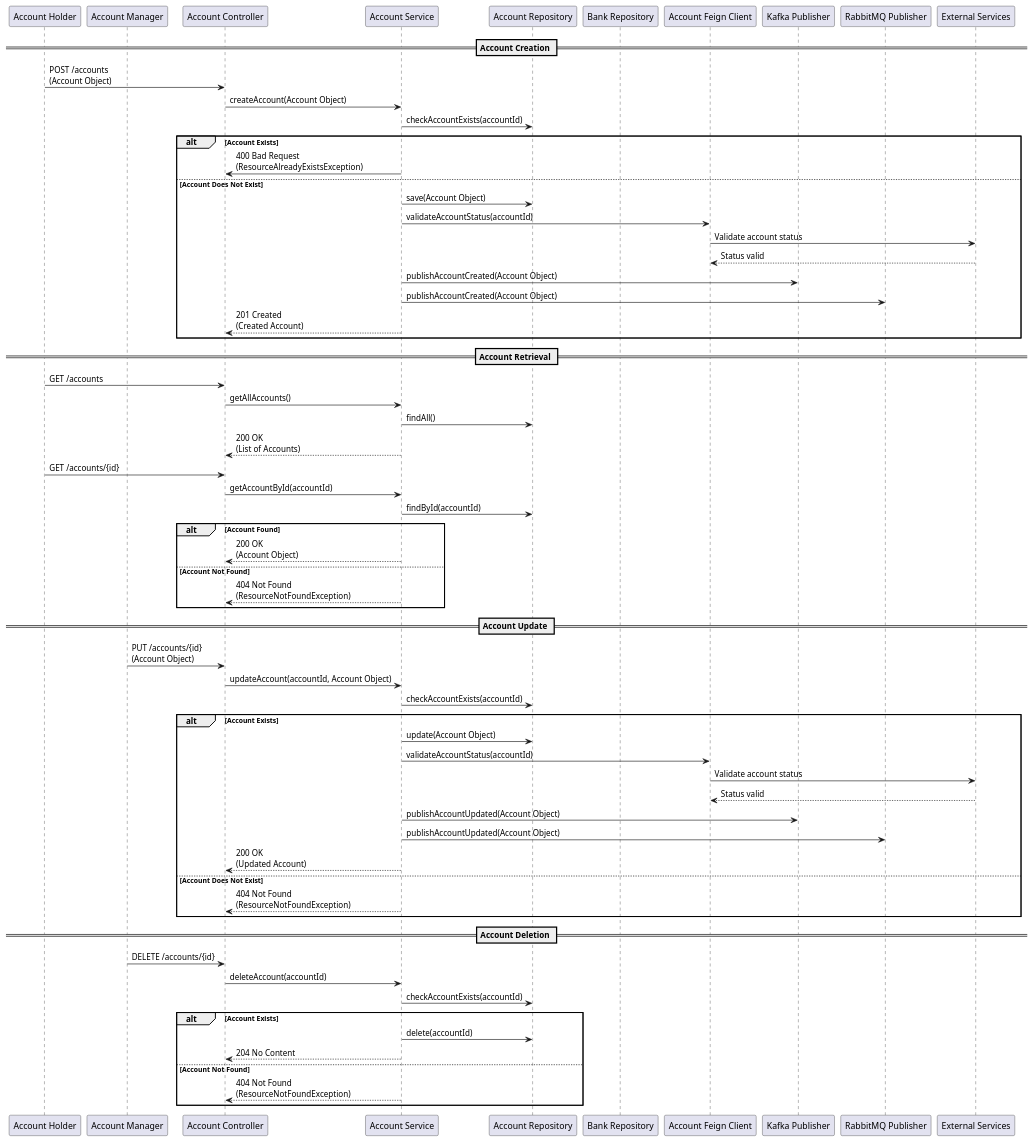
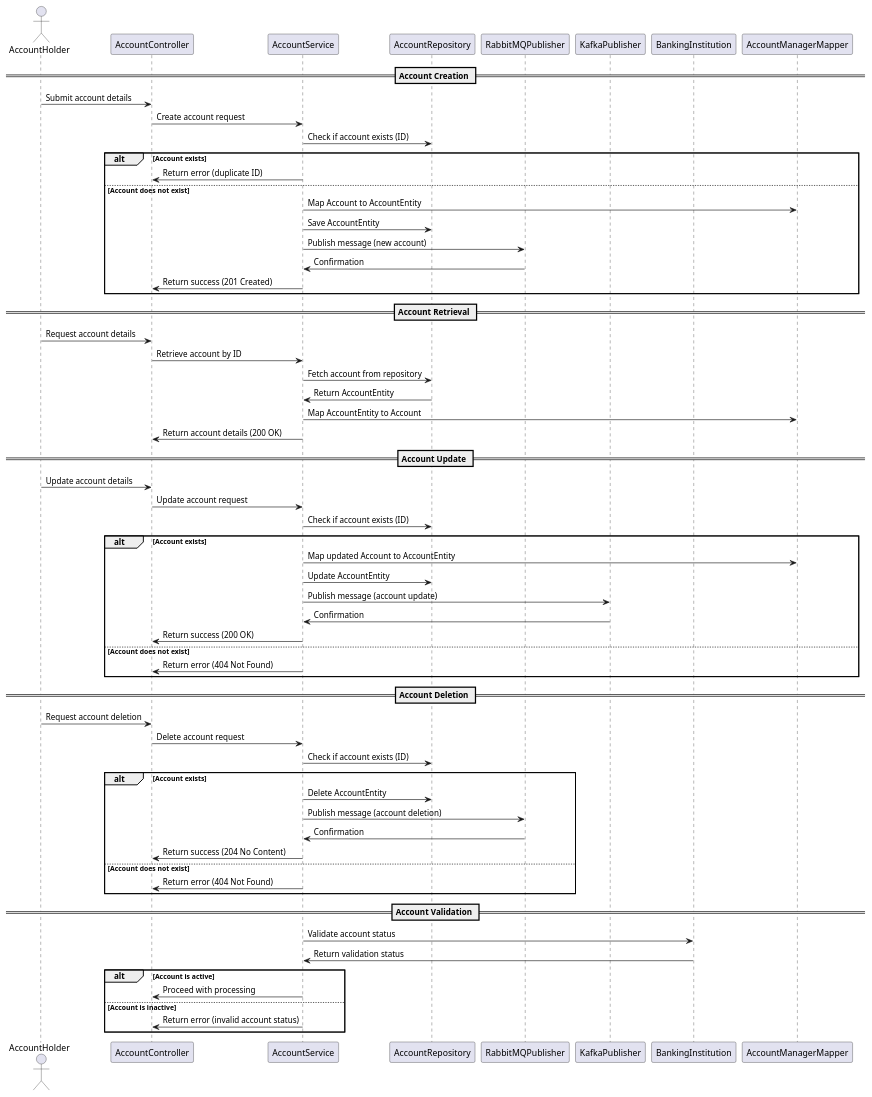
Before and after one commit to Bhaskar-Pavan/AccountService: the diagram in design_document/Account_service.md, drawn with PlantUML. The commit also changed other lines of this file, not shown here.

````diff
--- a/design_document/Account_service.md
+++ b/design_document/Account_service.md
@@ -43,73 +38,71 @@
 ```plantuml
 @startuml
-participant "Account Holder" as AH
-participant "Account Manager" as AM
-participant "Account Controller" as AC
-participant "Account Service" as AS
-participant "Account Repository" as AR
-participant "Bank Repository" as BR
-participant "Account Feign Client" as AFC
-participant "Kafka Publisher" as KP
-participant "RabbitMQ Publisher" as RP
-participant "External Services" as ES
+actor AccountHolder as AH
+participant "AccountController" as AC
+participant "AccountService" as AS
+participant "AccountRepository" as AR
+participant "RabbitMQPublisher" as RMP
+participant "KafkaPublisher" as KP
+participant "BankingInstitution" as BI
+participant "AccountManagerMapper" as AMM
 
 == Account Creation ==
-AH -> AC : POST /accounts\n(Account Object)
-AC -> AS : createAccount(Account Object)
-AS -> AR : checkAccountExists(accountId)
-alt Account Exists
-    AS -> AC : 400 Bad Request\n(ResourceAlreadyExistsException)
-else Account Does Not Exist
-    AS -> AR : save(Account Object)
-    AS -> AFC : validateAccountStatus(accountId)
-    AFC -> ES : Validate account status
-    ES --> AFC : Status valid
-    AS -> KP : publishAccountCreated(Account Object)
-    AS -> RP : publishAccountCreated(Account Object)
-    AS --> AC : 201 Created\n(Created Account)
+AH -> AC : Submit account details
+AC -> AS : Create account request
+AS -> AR : Check if account exists (ID)
+alt Account exists
+    AS -> AC : Return error (duplicate ID)
+else Account does not exist
+    AS -> AMM : Map Account to AccountEntity
+    AS -> AR : Save AccountEntity
+    AS -> RMP : Publish message (new account)
+    RMP -> AS : Confirmation
+    AS -> AC : Return success (201 Created)
 end
 
 == Account Retrieval ==
-AH -> AC : GET /accounts
-AC -> AS : getAllAccounts()
-AS -> AR : findAll()
-AS --> AC : 200 OK\n(List of Accounts)
-
-AH -> AC : GET /accounts/{id}
-AC -> AS : getAccountById(accountId)
-AS -> AR : findById(accountId)
-alt Account Found
-    AS --> AC : 200 OK\n(Account Object)
-else Account Not Found
-    AS --> AC : 404 Not Found\n(ResourceNotFoundException)
-end
+AH -> AC : Request account details
+AC -> AS : Retrieve account by ID
+AS -> AR : Fetch account from repository
+AR -> AS : Return AccountEntity
+AS -> AMM : Map AccountEntity to Account
+AS -> AC : Return account details (200 OK)
 
 == Account Update ==
-AM -> AC : PUT /accounts/{id}\n(Account Object)
-AC -> AS : updateAccount(accountId, Account Object)
-AS -> AR : checkAccountExists(accountId)
-alt Account Exists
-    AS -> AR : update(Account Object)
-    AS -> AFC : validateAccountStatus(accountId)
-    AFC -> ES : Validate account status
-    ES --> AFC : Status valid
-    AS -> KP : publishAccountUpdated(Account Object)
-    AS -> RP : publishAccountUpdated(Account Object)
-    AS --> AC : 200 OK\n(Updated Account)
-else Account Does Not Exist
-    AS --> AC : 404 Not Found\n(ResourceNotFoundException)
+AH -> AC : Update account details
+AC -> AS : Update account request
+AS -> AR : Check if account exists (ID)
+alt Account exists
+    AS -> AMM : Map updated Account to AccountEntity
+    AS -> AR : Update AccountEntity
+    AS -> KP : Publish message (account update)
+    KP -> AS : Confirmation
+    AS -> AC : Return success (200 OK)
+else Account does not exist
+    AS -> AC : Return error (404 Not Found)
 end
 
 == Account Deletion ==
-AM -> AC : DELETE /accounts/{id}
-AC -> AS : deleteAccount(accountId)
-AS -> AR : checkAccountExists(accountId)
-alt Account Exists
-    AS -> AR : delete(accountId)
-    AS --> AC : 204 No Content
-else Account Not Found
-    AS --> AC : 404 Not Found\n(ResourceNotFoundException)
+AH -> AC : Request account deletion
+AC -> AS : Delete account request
+AS -> AR : Check if account exists (ID)
+alt Account exists
+    AS -> AR : Delete AccountEntity
+    AS -> RMP : Publish message (account deletion)
+    RMP -> AS : Confirmation
+    AS -> AC : Return success (204 No Content)
+else Account does not exist
+    AS -> AC : Return error (404 Not Found)
+end
+
+== Account Validation ==
+AS -> BI : Validate account status
+BI -> AS : Return validation status
+alt Account is active
+    AS -> AC : Proceed with processing
+else Account is inactive
+    AS -> AC : Return error (invalid account status)
 end
 
 @enduml
 ```
````
